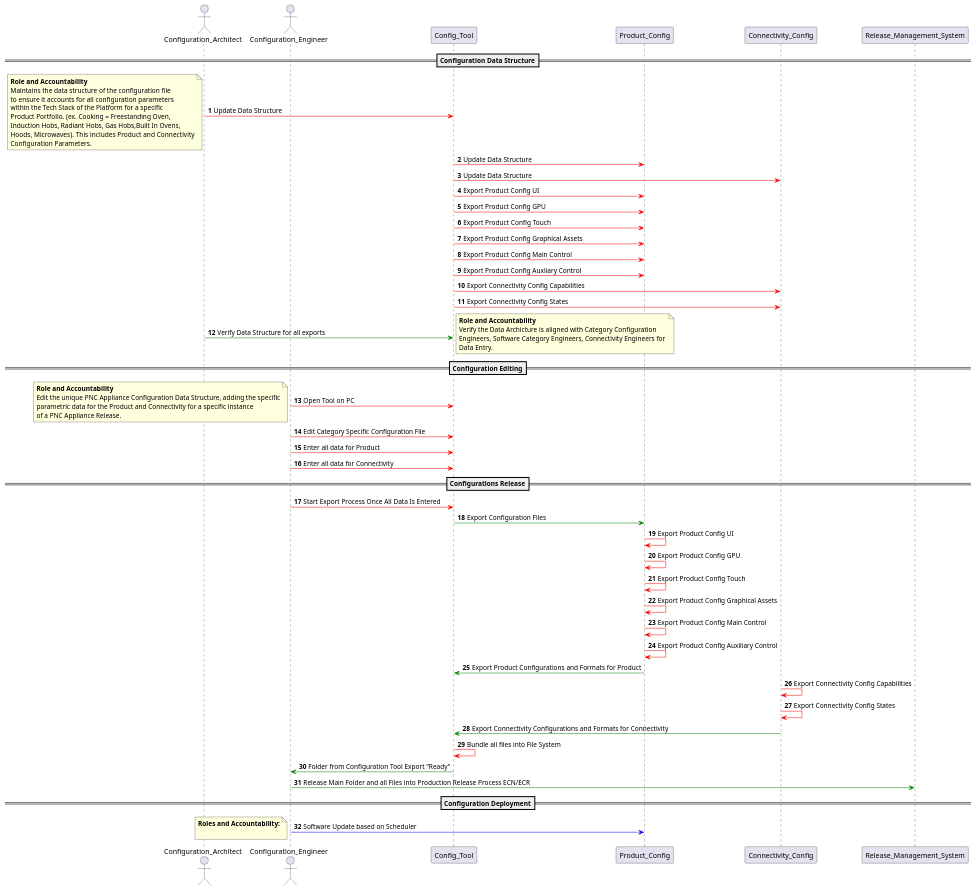
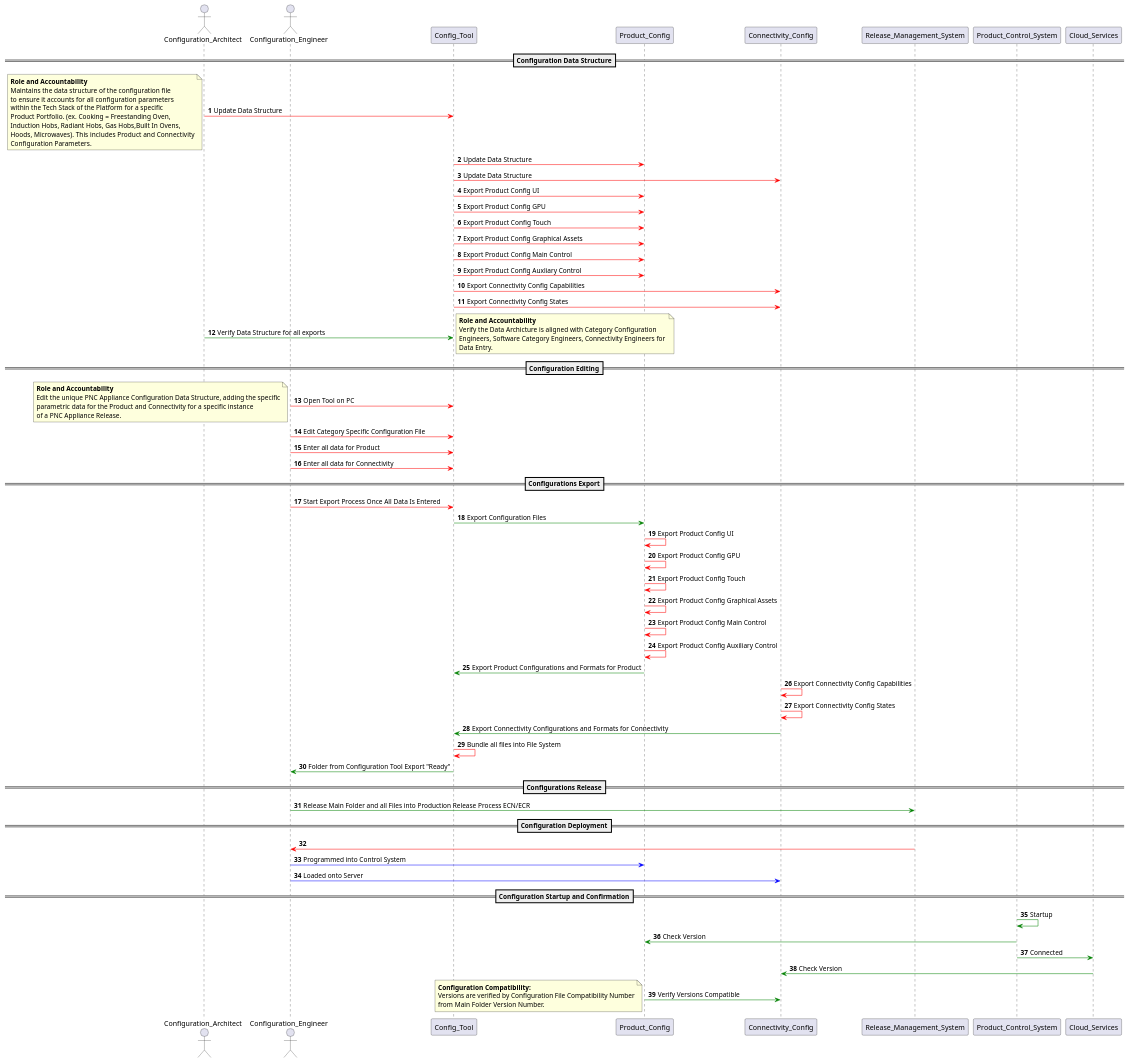
The diagram in configurations_and_capabilities/document_formats/config_process.wsd (wjelston/wallaceelston.github.io), drawn with PlantUML before and after one commit. The commit also changed 1 other file, not shown here.

Commit message:
Updated Sequence Diagram

```diff
--- a/configurations_and_capabilities/document_formats/config_process.wsd
+++ b/configurations_and_capabilities/document_formats/config_process.wsd
@@ -1,79 +1,95 @@
 @startuml configuration_process
 
 
     autonumber
     actor Configuration_Architect
     actor Configuration_Engineer
 
     ==Configuration Data Structure==
 
     Configuration_Architect -[#red]> Config_Tool : Update Data Structure
     note left 
     **Role and Accountability**
     Maintains the data structure of the configuration file
     to ensure it accounts for all configuration parameters 
     within the Tech Stack of the Platform for a specific 
     Product Portfolio. (ex. Cooking = Freestanding Oven, 
     Induction Hobs, Radiant Hobs, Gas Hobs,Built In Ovens, 
     Hoods, Microwaves).  This includes Product and Connectivity
     Configuration Parameters.
     end note
 
     Config_Tool -[#red]> Product_Config : Update Data Structure
     Config_Tool -[#red]> Connectivity_Config : Update Data Structure
     Config_Tool -[#red]> Product_Config: Export Product Config UI
     Config_Tool -[#red]> Product_Config: Export Product Config GPU
     Config_Tool -[#red]> Product_Config: Export Product Config Touch
     Config_Tool -[#red]> Product_Config: Export Product Config Graphical Assets
     Config_Tool -[#red]> Product_Config: Export Product Config Main Control
     Config_Tool -[#red]> Product_Config: Export Product Config Auxliary Control
     Config_Tool -[#red]> Connectivity_Config: Export Connectivity Config Capabilities
     Config_Tool -[#red]> Connectivity_Config: Export Connectivity Config States
     Configuration_Architect -[#Green]> Config_Tool: Verify Data Structure for all exports
     note right
     **Role and Accountability**
     Verify the Data Archicture is aligned with Category Configuration
     Engineers, Software Category Engineers, Connectivity Engineers for 
     Data Entry.
     end note
 
     ==Configuration Editing==
 
     Configuration_Engineer -[#red]> Config_Tool : Open Tool on PC
     note left
     **Role and Accountability**
     Edit the unique PNC Appliance Configuration Data Structure, adding the specific
     parametric data for the Product and Connectivity for a specific instance
     of a PNC Appliance Release.
     end note
     Configuration_Engineer -[#red]> Config_Tool : Edit Category Specific Configuration File
     Configuration_Engineer -[#red]> Config_Tool : Enter all data for Product
     Configuration_Engineer -[#red]> Config_Tool : Enter all data for Connectivity
 
-    ==Configurations Release==
+    ==Configurations Export==
 
     Configuration_Engineer -[#red]> Config_Tool : Start Export Process Once All Data Is Entered
     Config_Tool -[#Green]> Product_Config: Export Configuration Files
     Product_Config -[#red]> Product_Config: Export Product Config UI
     Product_Config -[#red]> Product_Config: Export Product Config GPU
     Product_Config -[#red]> Product_Config: Export Product Config Touch
     Product_Config -[#red]> Product_Config: Export Product Config Graphical Assets
     Product_Config -[#red]> Product_Config: Export Product Config Main Control
     Product_Config -[#red]> Product_Config: Export Product Config Auxiliary Control
     Product_Config -[#green]> Config_Tool: Export Product Configurations and Formats for Product
     Connectivity_Config -[#red]> Connectivity_Config: Export Connectivity Config Capabilities
     Connectivity_Config -[#red]> Connectivity_Config: Export Connectivity Config States
     Connectivity_Config -[#green]> Config_Tool: Export Connectivity Configurations and Formats for Connectivity
     Config_Tool -[#red]> Config_Tool: Bundle all files into File System
     Config_Tool -[#Green]> Configuration_Engineer: Folder from Configuration Tool Export "Ready"
+    
+    ==Configurations Release==
+    
     Configuration_Engineer -[#Green]> Release_Management_System: Release Main Folder and all Files into Production Release Process ECN/ECR
     
     ==Configuration Deployment==
 
-   Configuration_Engineer -[#blue]> Product_Config: Software Update based on Scheduler
+    Release_Management_System -[#red]> Configuration_Engineer
+    Configuration_Engineer -[#blue]> Product_Config: Programmed into Control System
+    Configuration_Engineer -[#blue]> Connectivity_Config: Loaded onto Server
+
+    ==Configuration Startup and Confirmation==
+
+    Product_Control_System -[#Green]> Product_Control_System: Startup
+    Product_Control_System -[#Green]> Product_Config: Check Version
+    Product_Control_System -[#Green]> Cloud_Services: Connected
+    Cloud_Services -[#Green]> Connectivity_Config: Check Version 
+    Product_Config -[#Green]> Connectivity_Config: Verify Versions Compatible
+
+
     note left 
-    **Roles and Accountability:**
-
+    **Configuration Compatibility:**
+    Versions are verified by Configuration File Compatibility Number
+    from Main Folder Version Number.
     end note
     
 @enduml
```
